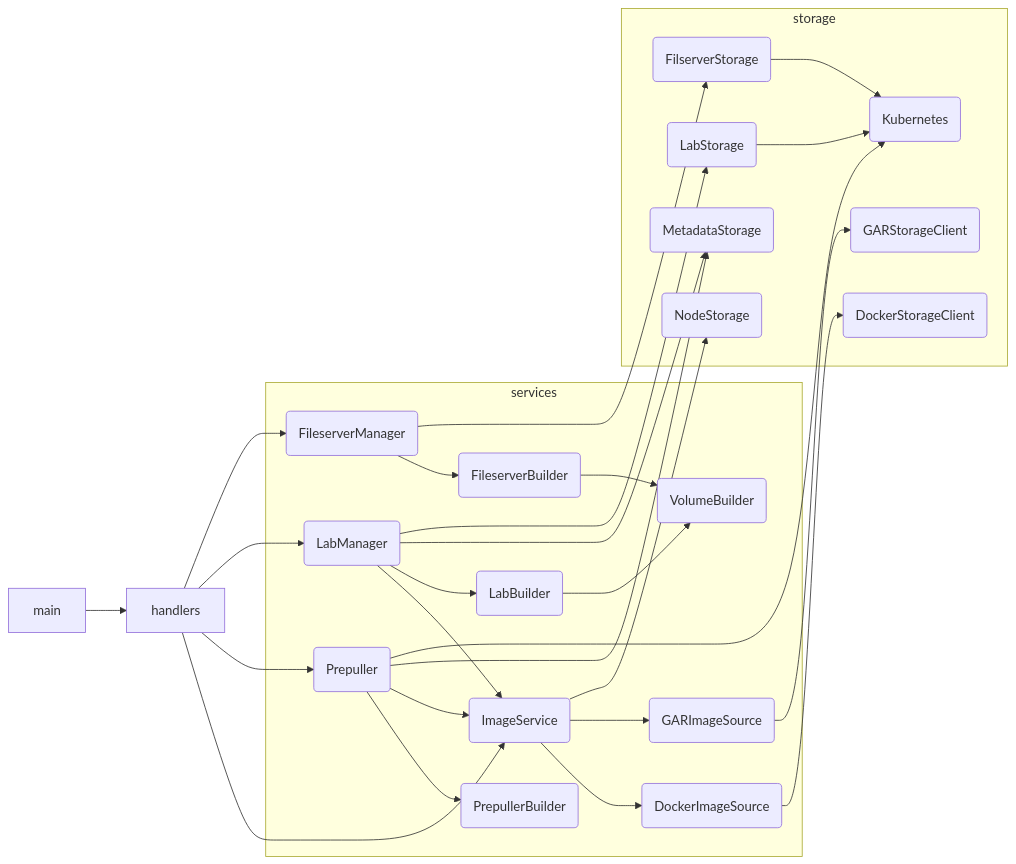
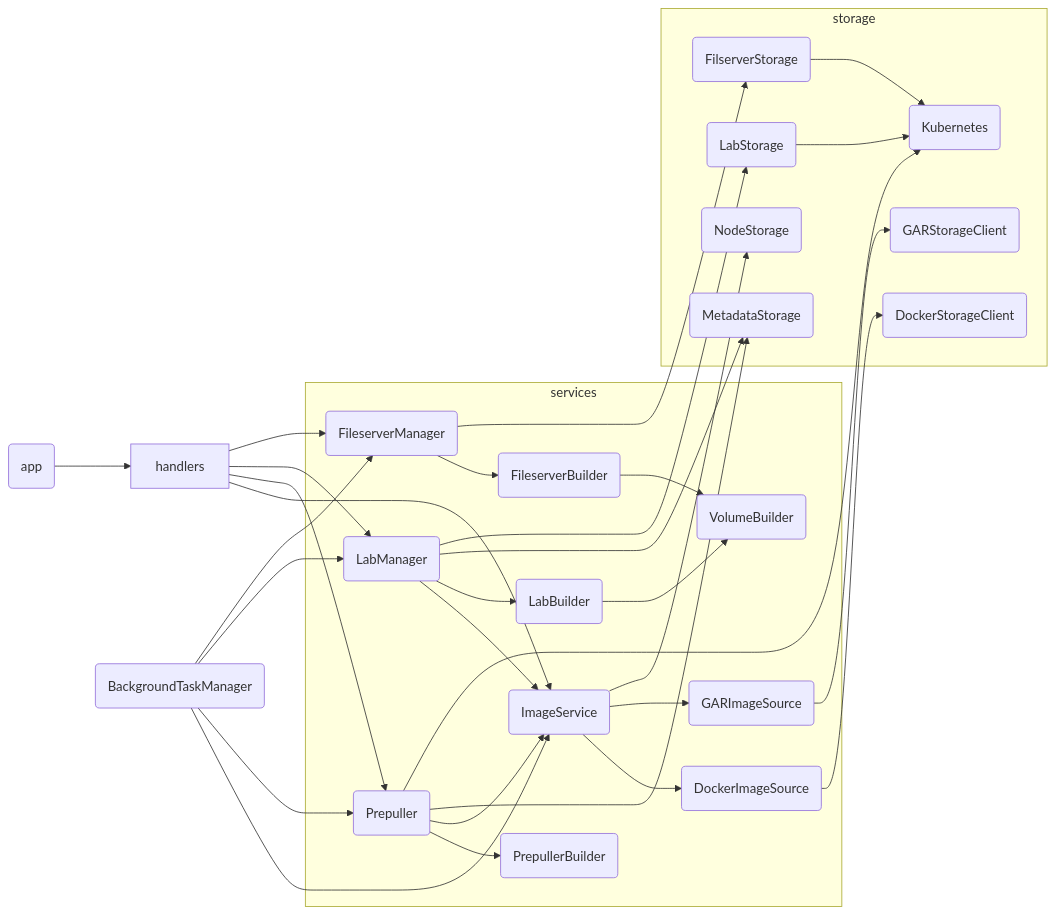
The diagram in docs/dev/controller.rst (lsst-sqre/nublado), drawn with Mermaid before and after one commit.

Commit message:
Add background task manager to controller diagram
This was a new component that manages periodic tasks for some of
the services.

```diff
--- a/docs/dev/controller.rst
+++ b/docs/dev/controller.rst
@@ -17,43 +17,48 @@
 .. mermaid::
    :caption: Internal structure
 
    flowchart LR
      subgraph services
        prepuller(Prepuller)
        image(ImageService)
        lab(LabManager)
        fileserver(FileserverManager)
        image --> docker-source(DockerImageSource)
        image --> gar-source(GARImageSource)
        prepuller --> prepull-builder(PrepullerBuilder)
        prepuller --> image
        lab --> image
        lab --> lab-builder(LabBuilder)
        fileserver --> fileserver-builder(FileserverBuilder)
        lab-builder --> volume-builder(VolumeBuilder)
        fileserver-builder --> volume-builder
      end
      subgraph storage
        docker(DockerStorageClient)
        gar(GARStorageClient)
        metadata(MetadataStorage)
        fileserver-storage(FilserverStorage)
        fileserver-storage --> kubernetes(Kubernetes)
        lab-storage(LabStorage)
        lab-storage --> kubernetes
        node-storage(NodeStorage)
      end
      docker-source --> docker
      gar-source --> gar
      fileserver --> fileserver-storage
      lab --> metadata
      lab --> lab-storage
      prepuller --> metadata
      prepuller --> kubernetes
      image --> node-storage
 
-     main --> handlers
+     main(app) --> handlers
      handlers --> image
      handlers --> prepuller
      handlers --> lab
      handlers --> fileserver
+     background(BackgroundTaskManager)
+     background --> image
+     background --> prepuller
+     background --> lab
+     background --> fileserver
```
